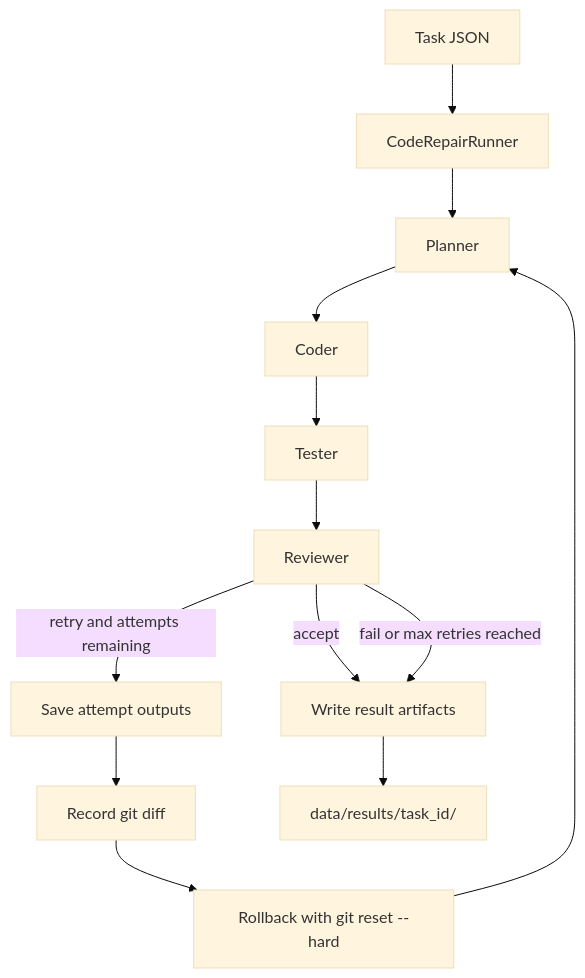
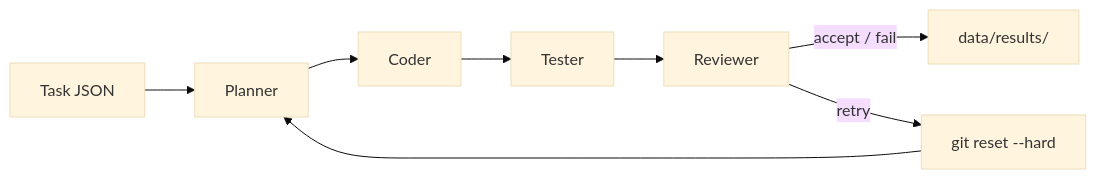
Before and after one commit to wyyff-02/code_repair_agent: the diagram in README.md, drawn with Mermaid (base theme).

Commit message:
update flowchart

````diff
--- a/README.md
+++ b/README.md
@@ -18,15 +18,10 @@
 ```mermaid
-flowchart TD
-    A[Task JSON] --> B[CodeRepairRunner]
-    B --> C[Planner]
-    C --> D[Coder]
-    D --> E[Tester]
-    E --> F[Reviewer]
-    F -->|accept| G[Write result artifacts]
-    F -->|retry and attempts remaining| H[Save attempt outputs]
-    H --> I[Record git diff]
-    I --> J[Rollback with git reset --hard]
-    J --> C
-    F -->|fail or max retries reached| G
-    G --> K[data/results/task_id/]
+flowchart LR
+    A[Task JSON] --> B[Planner]
+    B --> C[Coder]
+    C --> D[Tester]
+    D --> E[Reviewer]
+    E -->|accept / fail| F[data/results/]
+    E -->|retry| G[git reset --hard]
+    G --> B
 ```
````
